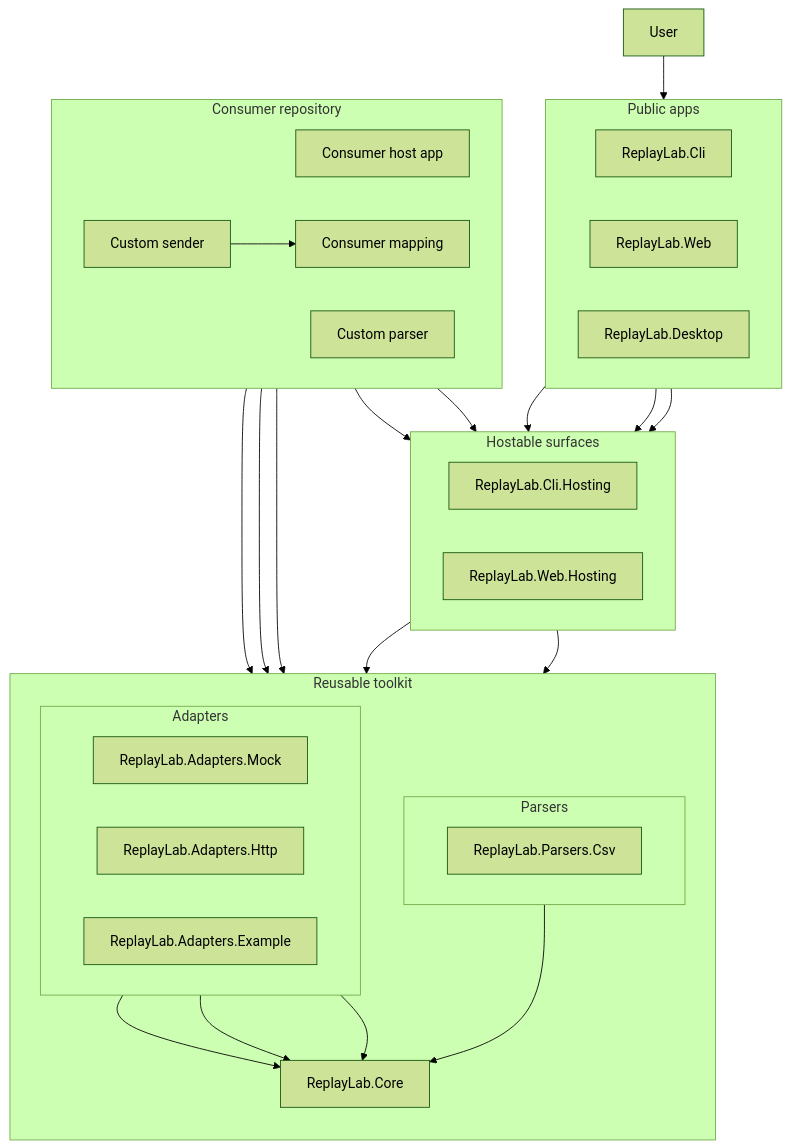
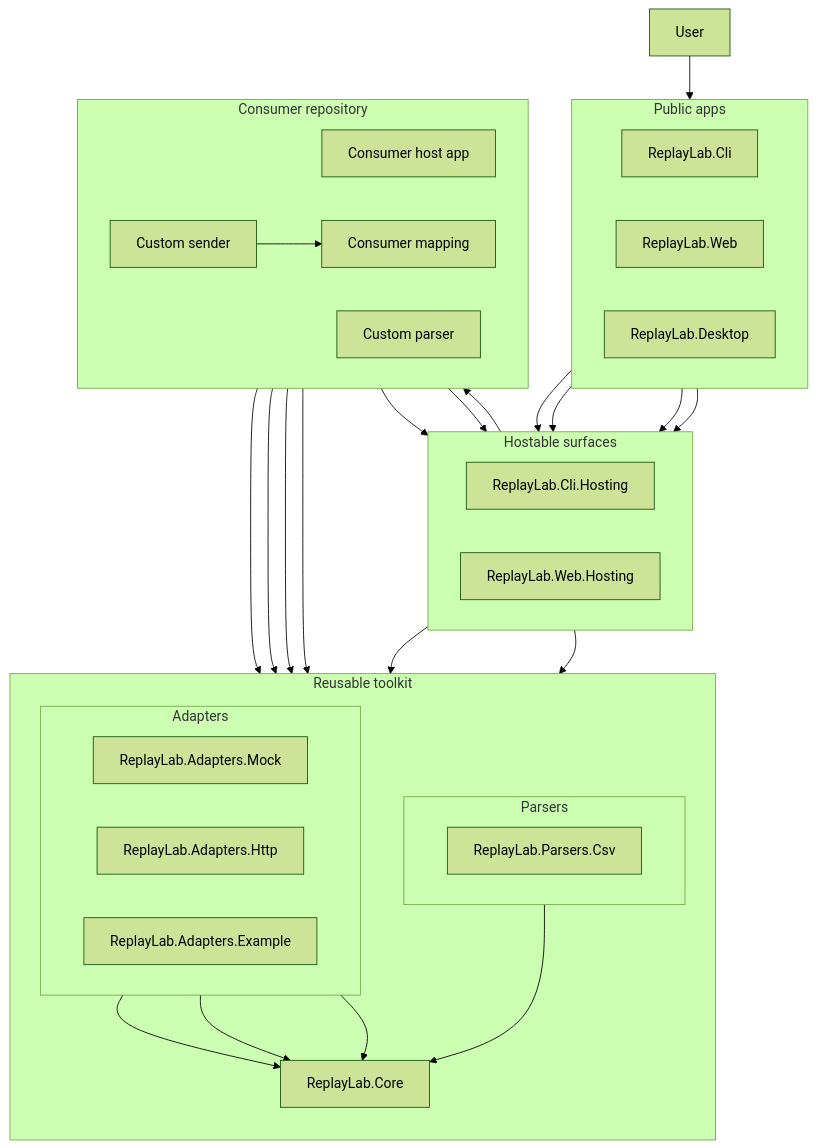
One commit to Winz79/replaylab changed the second of 6 diagrams in docs/architecture.md. Above: the diagram before and after it, drawn with Mermaid (forest theme).

Commit message:
docs: refine C2 reusable toolkit layout

````diff
--- a/docs/architecture.md
+++ b/docs/architecture.md
@@ -27,63 +27,66 @@
 ```mermaid
 flowchart TB
     User[User]
 
     subgraph Apps[Public apps]
         direction LR
         CLI[ReplayLab.Cli]
         Web[ReplayLab.Web]
         Desktop[ReplayLab.Desktop]
     end
 
     subgraph Hosting[Hostable surfaces]
         direction LR
         CliHosting[ReplayLab.Cli.Hosting]
         WebHosting[ReplayLab.Web.Hosting]
     end
 
     subgraph Consumer[Consumer repository]
         direction LR
         ConsumerHost[Consumer host app]
         CustomParser[Custom parser]
         CustomSender[Custom sender]
         Mapping[Consumer mapping]
     end
 
     subgraph Toolkit[Reusable toolkit]
         direction TB
         Core[ReplayLab.Core]
 
         subgraph Inputs[Parsers]
             direction LR
             Csv[ReplayLab.Parsers.Csv]
         end
 
         subgraph Outputs[Adapters]
             direction LR
             Mock[ReplayLab.Adapters.Mock]
             Http[ReplayLab.Adapters.Http]
             Example[ReplayLab.Adapters.Example]
         end
     end
 
     User --> Apps
+    Apps --> Hosting
+    Hosting --> Consumer
+    Consumer --> Toolkit
 
     CLI --> CliHosting
     Web --> WebHosting
     Desktop --> WebHosting
 
     CliHosting --> Core
     WebHosting --> Core
 
     ConsumerHost --> CliHosting
     ConsumerHost --> WebHosting
     ConsumerHost --> Core
     CustomParser --> Core
     CustomSender --> Core
     CustomSender --> Mapping
 
     Csv --> Core
     Mock --> Core
     Http --> Core
     Example --> Core
 ```
````
